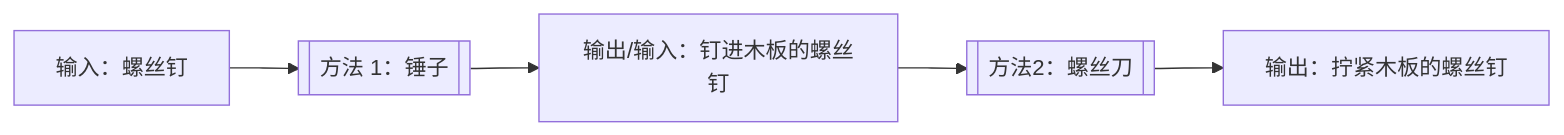
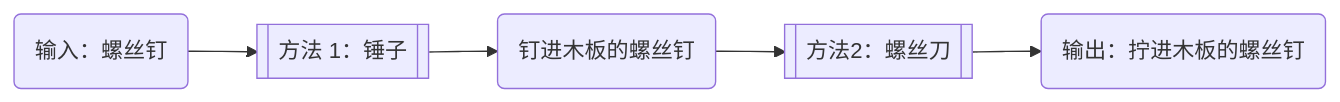
Before and after one commit to Dreamwalkor/little-book-of-ai: the fourth of 7 diagrams in 04.md, drawn with Mermaid. The commit also changed other lines of this file and 2 other files, not shown here.

````diff
--- a/04.md
+++ b/04.md
@@ -60,4 +60,4 @@
 ```mermaid
 flowchart LR
-input[输入：螺丝钉] --> method1[[方法 1：锤子]] --> output1[输出/输入：钉进木板的螺丝钉] --> method2[[方法2：螺丝刀]] --> output2[输出：拧紧木板的螺丝钉]
+input(输入：螺丝钉) --> method1[[方法 1：锤子]] --> output1(钉进木板的螺丝钉) --> method2[[方法2：螺丝刀]] --> output2(输出：拧进木板的螺丝钉)
 ```
````
